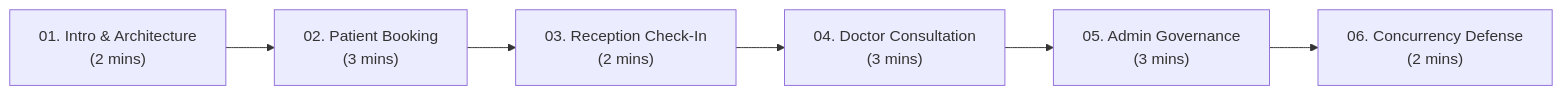
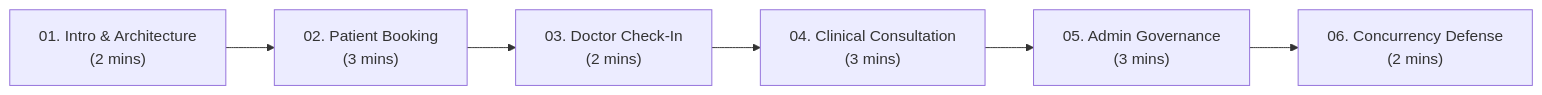
Before and after one commit to foxelhadad812-design/MediCare: the diagram in docs/06-final/final-demo-readiness-audit.md, drawn with Mermaid. The commit also changed other lines of this file, not shown here.

Commit message:
docs(audit): correct demo accounts, check-in routes, launch ports, and index details

````diff
--- a/docs/06-final/final-demo-readiness-audit.md
+++ b/docs/06-final/final-demo-readiness-audit.md
@@ -218,8 +233,8 @@
 ```mermaid
 flowchart LR
     A["01. Intro & Architecture<br/>(2 mins)"] --> B["02. Patient Booking<br/>(3 mins)"]
-    B --> C["03. Reception Check-In<br/>(2 mins)"]
-    C --> D["04. Doctor Consultation<br/>(3 mins)"]
+    C["03. Doctor Check-In<br/>(2 mins)"] --> D["04. Clinical Consultation<br/>(3 mins)"]
+    B --> C
     D --> E["05. Admin Governance<br/>(3 mins)"]
     E --> F["06. Concurrency Defense<br/>(2 mins)"]
 ```
````
